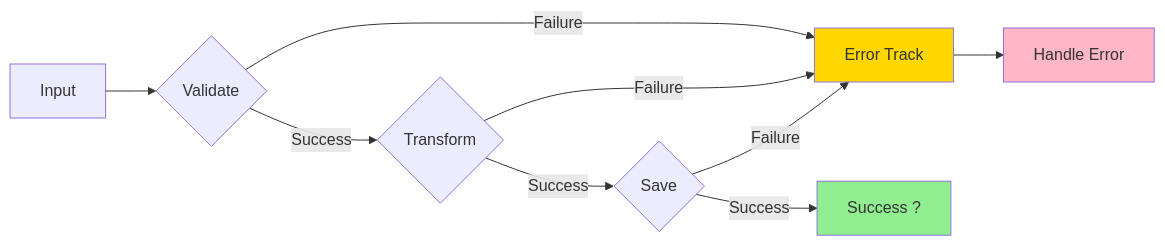
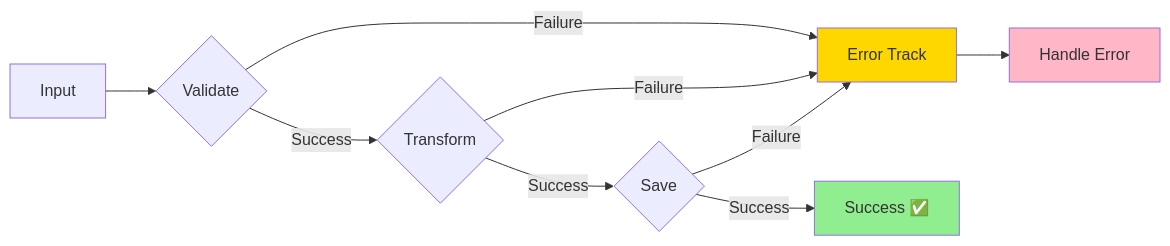
Before and after one commit to xavierjohn/FunctionalDDD: the second of 2 diagrams in docs/docfx_project/index.md, drawn with Mermaid. The commit also changed other lines of this file and 22 other files, not shown here.

````diff
--- a/docs/docfx_project/index.md
+++ b/docs/docfx_project/index.md
@@ -279,15 +300,15 @@
 ```mermaid
 graph LR
     A[Input] --> B{Validate}
     B -->|Success| C{Transform}
     B -->|Failure| E[Error Track]
     C -->|Success| D{Save}
     C -->|Failure| E
-    D -->|Success| F[Success ?]
+    D -->|Success| F[Success ✅]
     D -->|Failure| E
     E --> G[Handle Error]
     
     style F fill:#90EE90
     style E fill:#FFD700
     style G fill:#FFB6C6
 ```
````
